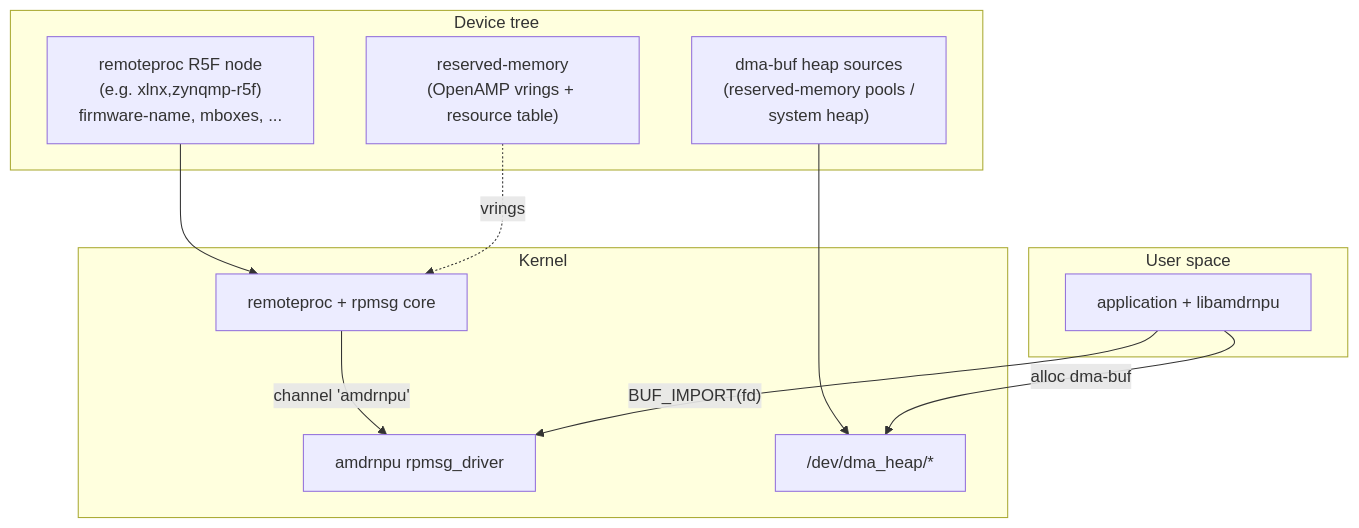
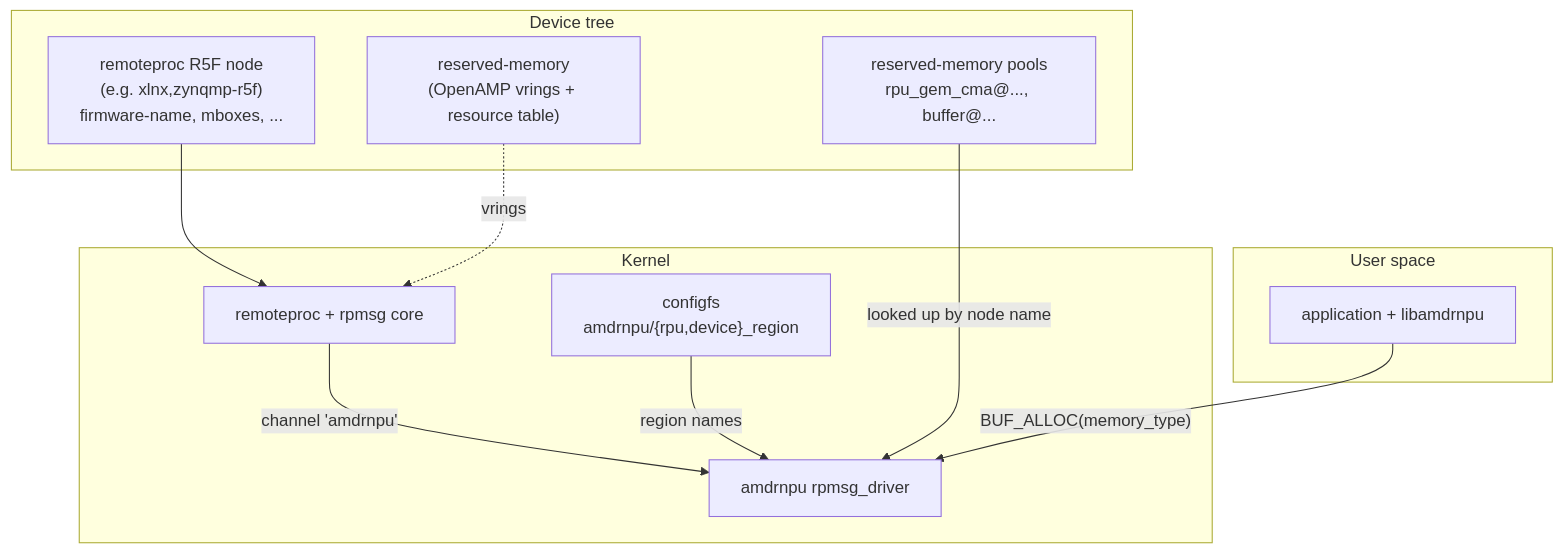
The diagram in docs/devicetree-binding.md (Xilinx/amdrnpu), drawn with Mermaid before and after one commit. The commit also changed other lines of this file and 7 other files, not shown here.

````diff
--- a/docs/devicetree-binding.md
+++ b/docs/devicetree-binding.md
@@ -23,25 +25,25 @@
 ```mermaid
 flowchart TB
     subgraph DT["Device tree"]
         RPROC["remoteproc R5F node<br/>(e.g. xlnx,zynqmp-r5f)<br/>firmware-name, mboxes, ..."]
         RMEM["reserved-memory<br/>(OpenAMP vrings + resource table)"]
-        HEAPS["dma-buf heap sources<br/>(reserved-memory pools /<br/>system heap)"]
+        POOLS["reserved-memory pools<br/>rpu_gem_cma@..., buffer@..."]
     end
 
     subgraph KERN["Kernel"]
         RP["remoteproc + rpmsg core"]
         RDR["amdrnpu rpmsg_driver"]
-        HEAPDEV["/dev/dma_heap/*"]
+        CFG["configfs<br/>amdrnpu/{rpu,device}_region"]
     end
 
     subgraph USER["User space"]
         APP["application + libamdrnpu"]
     end
 
     RPROC --> RP
     RMEM -. vrings .-> RP
     RP -- "channel 'amdrnpu'" --> RDR
-    HEAPS --> HEAPDEV
-    APP -- "alloc dma-buf" --> HEAPDEV
-    APP -- "BUF_IMPORT(fd)" --> RDR
+    CFG -- "region names" --> RDR
+    POOLS -- "looked up by node name" --> RDR
+    APP -- "BUF_ALLOC(memory_type)" --> RDR
 ```
````
